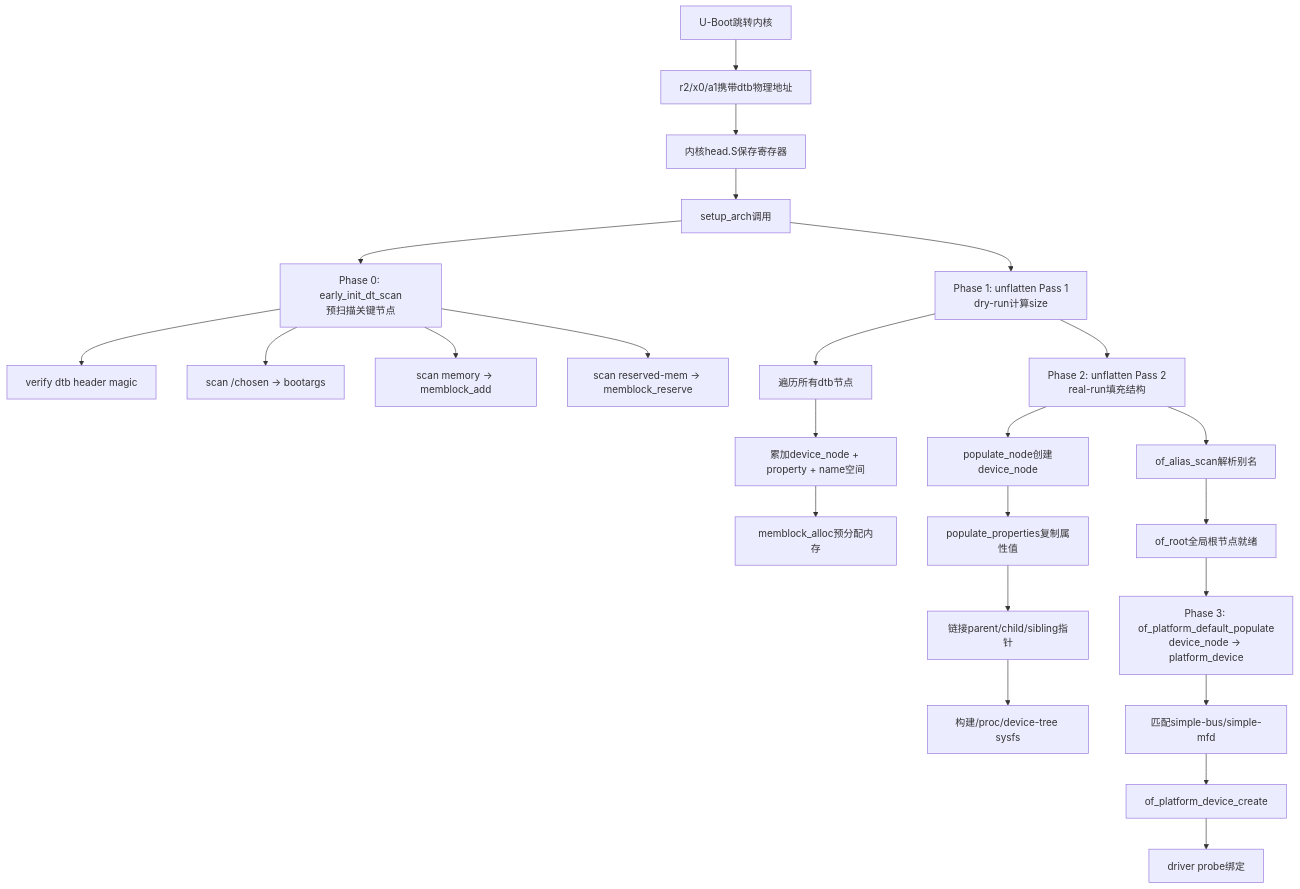
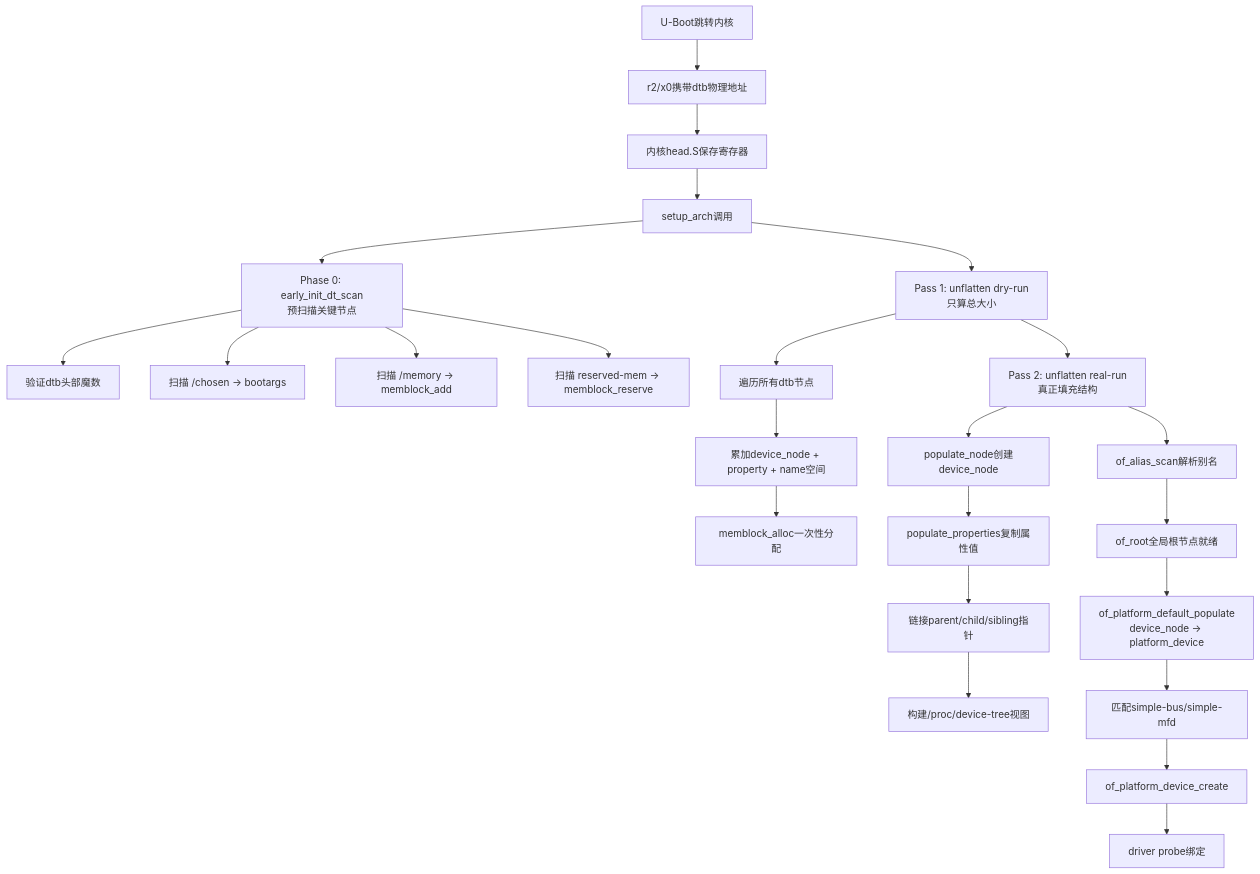
The first of 2 diagrams in docs/02-核心机制深度解析/第7章 启动链深度解析/7.4.2_内核如何解析设备树_unflatten过程.md (xiaohong0925/Embedded_Knowledge_System_V2026), drawn with Mermaid before and after one commit. The commit also changed other lines of this file and 20 other files, not shown here.

````diff
--- a/docs/02-核心机制深度解析/第7章 启动链深度解析/7.4.2_内核如何解析设备树_unflatten过程.md
+++ b/docs/02-核心机制深度解析/第7章 启动链深度解析/7.4.2_内核如何解析设备树_unflatten过程.md
@@ -226,31 +143,31 @@
 ```mermaid
 flowchart TD
-    A[U-Boot跳转内核] --> B[r2/x0/a1携带dtb物理地址]
+    A[U-Boot跳转内核] --> B[r2/x0携带dtb物理地址]
     B --> C[内核head.S保存寄存器]
     C --> D[setup_arch调用]
 
     D --> E[Phase 0: early_init_dt_scan<br/>预扫描关键节点]
-    E --> E1[verify dtb header magic]
-    E --> E2[scan /chosen → bootargs]
-    E --> E3[scan memory → memblock_add]
-    E --> E4[scan reserved-mem → memblock_reserve]
+    E --> E1[验证dtb头部魔数]
+    E --> E2[扫描 /chosen → bootargs]
+    E --> E3[扫描 /memory → memblock_add]
+    E --> E4[扫描 reserved-mem → memblock_reserve]
 
-    D --> F[Phase 1: unflatten Pass 1<br/>dry-run计算size]
+    D --> F[Pass 1: unflatten dry-run<br/>只算总大小]
     F --> F1[遍历所有dtb节点]
     F1 --> F2[累加device_node + property + name空间]
-    F2 --> F3[memblock_alloc预分配内存]
+    F2 --> F3[memblock_alloc一次性分配]
 
-    F --> G[Phase 2: unflatten Pass 2<br/>real-run填充结构]
+    F --> G[Pass 2: unflatten real-run<br/>真正填充结构]
     G --> G1[populate_node创建device_node]
     G1 --> G2[populate_properties复制属性值]
     G2 --> G3[链接parent/child/sibling指针]
-    G3 --> G4[构建/proc/device-tree sysfs]
+    G3 --> G4[构建/proc/device-tree视图]
 
     G --> H[of_alias_scan解析别名]
     H --> I[of_root全局根节点就绪]
 
-    I --> J[Phase 3: of_platform_default_populate<br/>device_node → platform_device]
+    I --> J[of_platform_default_populate<br/>device_node → platform_device]
     J --> J1[匹配simple-bus/simple-mfd]
     J1 --> J2[of_platform_device_create]
     J2 --> J3[driver probe绑定]
 ```
````
